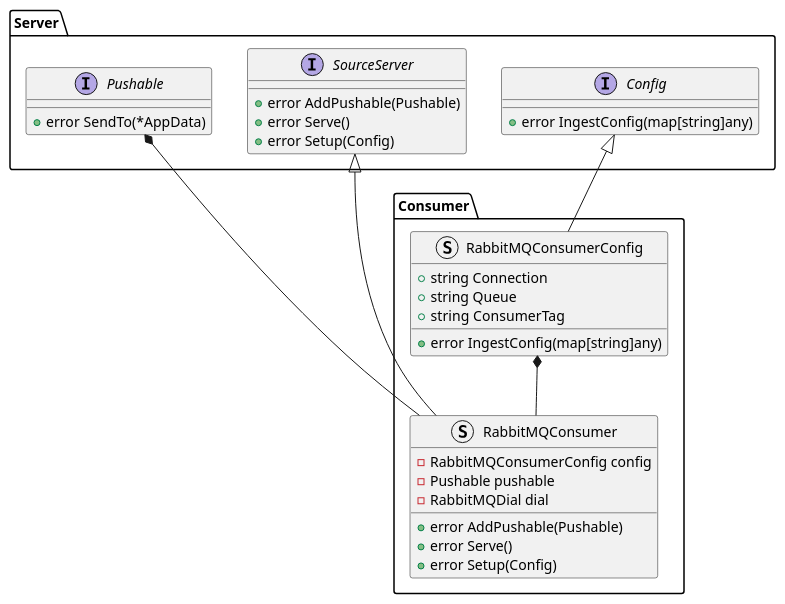
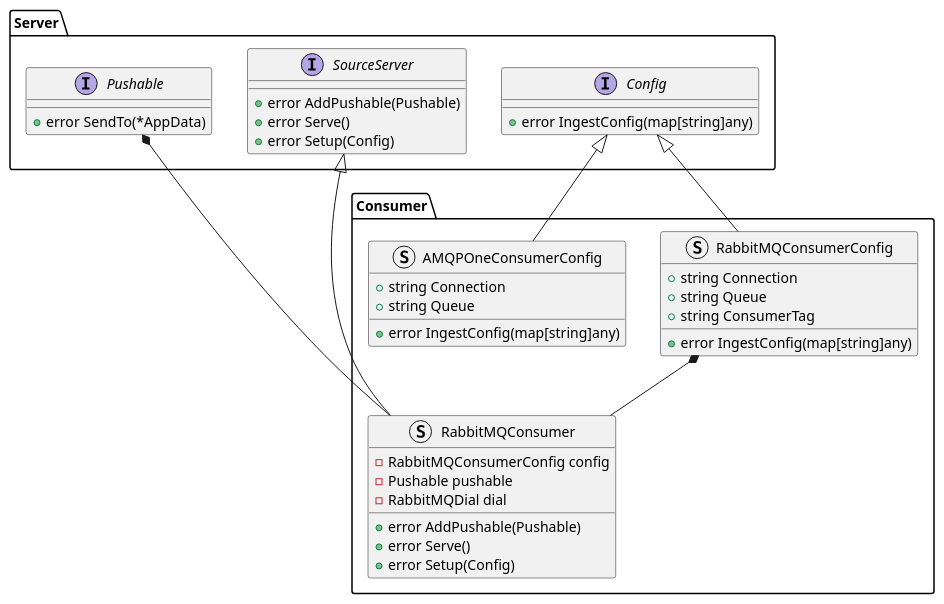
The diagram in docs/design_notes/DN1_JSON_Extractor/class_diagram_Consumers.puml (xtuml/otel2pv), drawn with PlantUML before and after one commit. The commit also changed 3 other files, not shown here.

First line of the commit message:
Cdsopv 132 create amqp 1.0 consumer config (#76)

```diff
--- a/docs/design_notes/DN1_JSON_Extractor/class_diagram_Consumers.puml
+++ b/docs/design_notes/DN1_JSON_Extractor/class_diagram_Consumers.puml
@@ -1,39 +1,45 @@
 @startuml
 namespace Server {
     interface Pushable {
         +error SendTo(*AppData)
     }
     interface SourceServer {
         +error AddPushable(Pushable)
         +error Serve()
         +error Setup(Config)
     }
     interface Config {
         +error IngestConfig(map[string]any)
     }
 }
 namespace Consumer {
     struct RabbitMQConsumer {
         -RabbitMQConsumerConfig config
         -Pushable pushable
         -RabbitMQDial dial
         +error AddPushable(Pushable) 
         +error Serve()
         +error Setup(Config)
     }
     struct RabbitMQConsumerConfig {
         +string Connection
         +string Queue
         +string ConsumerTag
         +error IngestConfig(map[string]any)
     }
+    struct AMQPOneConsumerConfig {
+        +string Connection
+        +string Queue
+        +error IngestConfig(map[string]any)
+    }
 
 }
 
 Server.SourceServer <|-- Consumer.RabbitMQConsumer
 Server.Pushable *-- Consumer.RabbitMQConsumer
 
 
 Server.Config <|-- Consumer.RabbitMQConsumerConfig
+Server.Config <|-- Consumer.AMQPOneConsumerConfig
 Consumer.RabbitMQConsumerConfig *-- Consumer.RabbitMQConsumer
 @enduml
```
